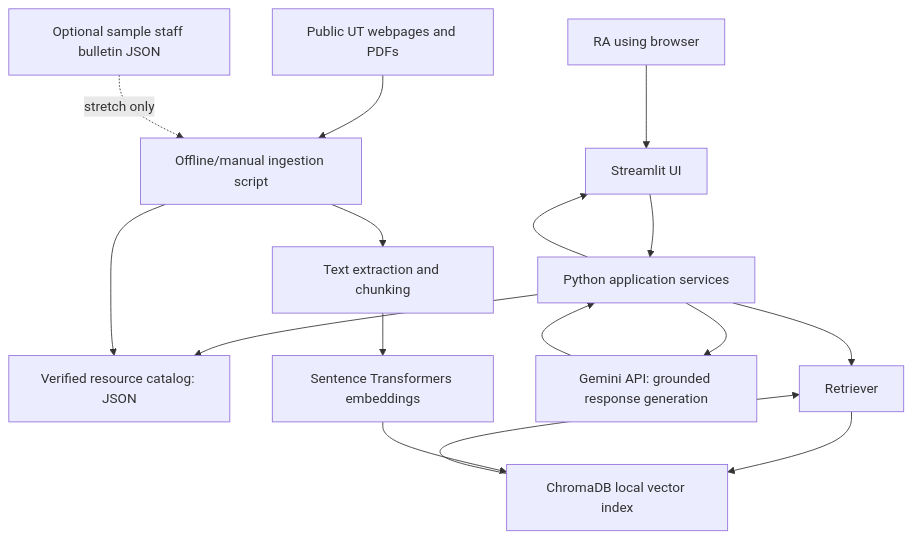
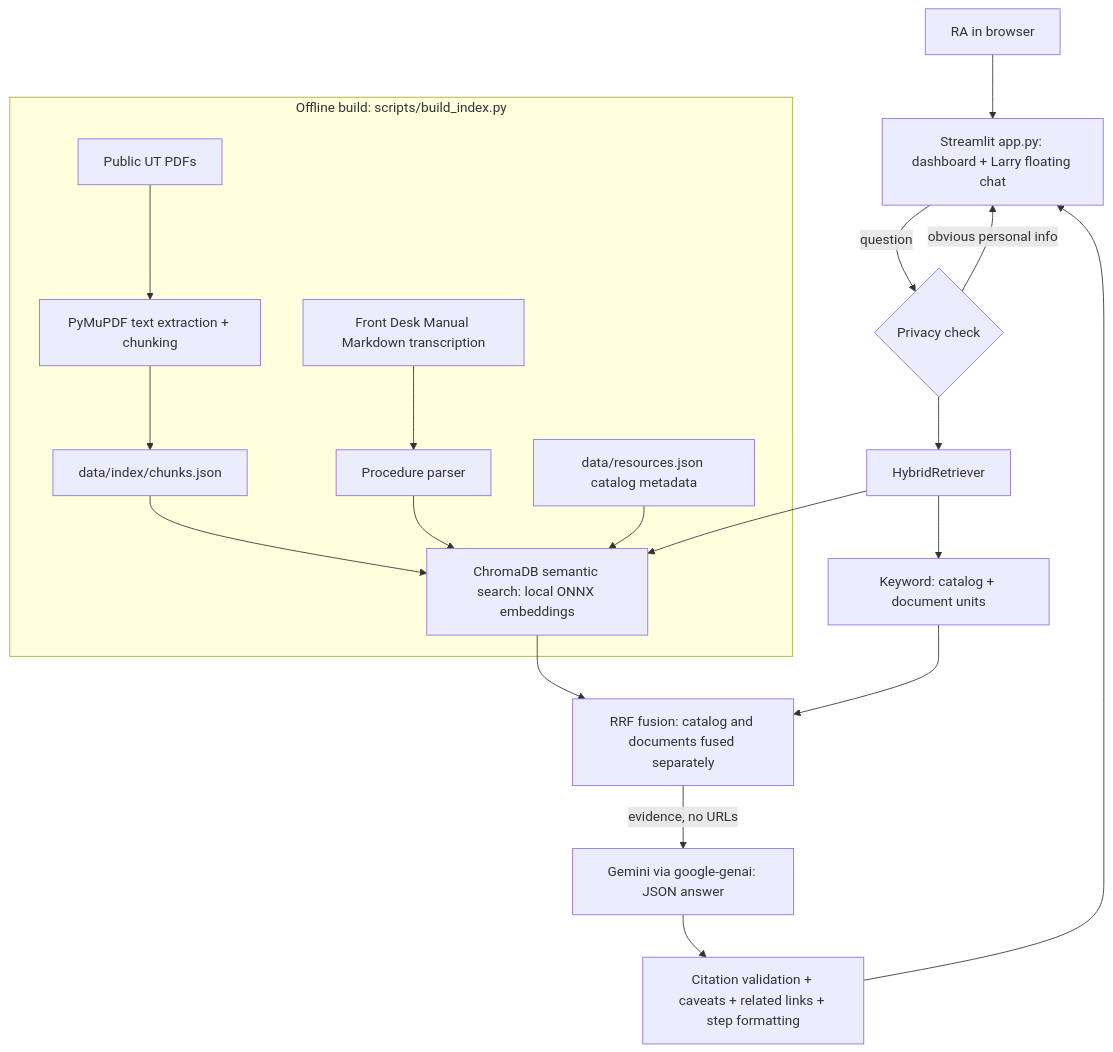
One commit to SadiqM05/first-2-a-Mill changed the diagram in docs/ARCHITECTURE.md. Above: the diagram before and after it, drawn with Mermaid. The commit also changed other lines of this file and 9 other files, not shown here.

````diff
--- a/docs/ARCHITECTURE.md
+++ b/docs/ARCHITECTURE.md
@@ -7,18 +9,22 @@
 ```mermaid
 flowchart TD
-  U[RA using browser] --> S[Streamlit UI]
-  S --> A[Python application services]
-  A --> C[Verified resource catalog: JSON]
-  A --> R[Retriever]
-  R --> V[ChromaDB local vector index]
-  V --> R
-  A --> G[Gemini API: grounded response generation]
-  G --> A
-  A --> S
-  D[Public UT webpages and PDFs] --> I[Offline/manual ingestion script]
-  I --> E[Text extraction and chunking]
-  E --> M[Sentence Transformers embeddings]
-  M --> V
-  I --> C
-  B[Optional sample staff bulletin JSON] -. stretch only .-> I
+  U[RA in browser] --> S[Streamlit app.py: dashboard + Larry floating chat]
+  S -->|question| P{Privacy check}
+  P -->|obvious personal info| S
+  P --> H[HybridRetriever]
+  H --> K[Keyword: catalog + document units]
+  H --> V[ChromaDB semantic search: local ONNX embeddings]
+  K --> F[RRF fusion: catalog and documents fused separately]
+  V --> F
+  F -->|evidence, no URLs| G[Gemini via google-genai: JSON answer]
+  G --> C[Citation validation + caveats + related links + step formatting]
+  C --> S
+  subgraph Offline build: scripts/build_index.py
+    D[Public UT PDFs] --> X[PyMuPDF text extraction + chunking]
+    M[Front Desk Manual Markdown transcription] --> Q[Procedure parser]
+    X --> J[data/index/chunks.json]
+    J --> V
+    Q --> V
+    R[data/resources.json catalog metadata] --> V
+  end
 ```
````
